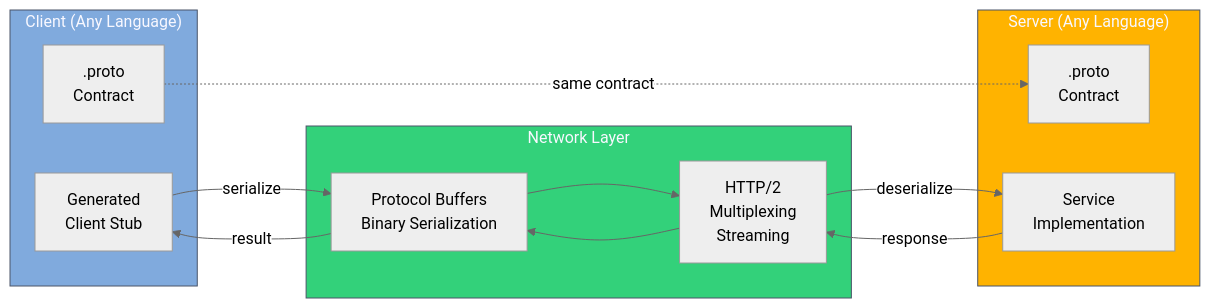
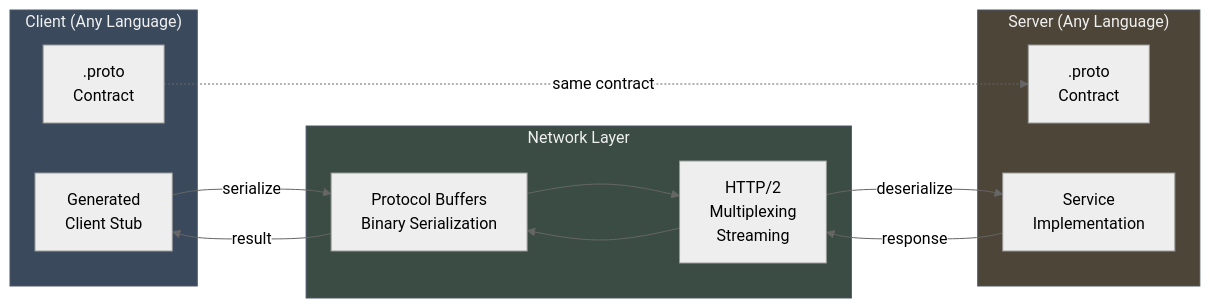
Before and after one commit to blackwell-systems/blog: the sixth of 24 diagrams in content/posts/api-communication-patterns-guide.md, drawn with Mermaid (neutral theme). The commit also changed other lines of this file and 4 other files, not shown here.

```diff
--- a/content/posts/api-communication-patterns-guide.md
+++ b/content/posts/api-communication-patterns-guide.md
@@ -319,29 +319,29 @@
 {{< mermaid >}}
 flowchart LR
     subgraph client["Client (Any Language)"]
         proto1[".proto<br/>Contract"]
         stub["Generated<br/>Client Stub"]
     end
 
     subgraph network["Network Layer"]
         http2["HTTP/2<br/>Multiplexing<br/>Streaming"]
         protobuf["Protocol Buffers<br/>Binary Serialization"]
     end
 
     subgraph server["Server (Any Language)"]
         proto2[".proto<br/>Contract"]
         impl["Service<br/>Implementation"]
     end
 
     proto1 -.->|same contract| proto2
     stub -->|serialize| protobuf
     protobuf --> http2
     http2 -->|deserialize| impl
     impl -->|response| http2
     http2 --> protobuf
     protobuf -->|result| stub
 
-    style client fill:#80AADD,stroke:#4a5568,color:#f8f8ff
-    style network fill:#33D17A,stroke:#4a5568,color:#f8f8ff
-    style server fill:#FFB300,stroke:#4a5568,color:#f8f8ff
+    style client fill:#3A4A5C,stroke:#4a5568,color:#f0f0f0
+    style network fill:#3A4C43,stroke:#4a5568,color:#f0f0f0
+    style server fill:#4C4538,stroke:#4a5568,color:#f0f0f0
 {{< /mermaid >}}
```
